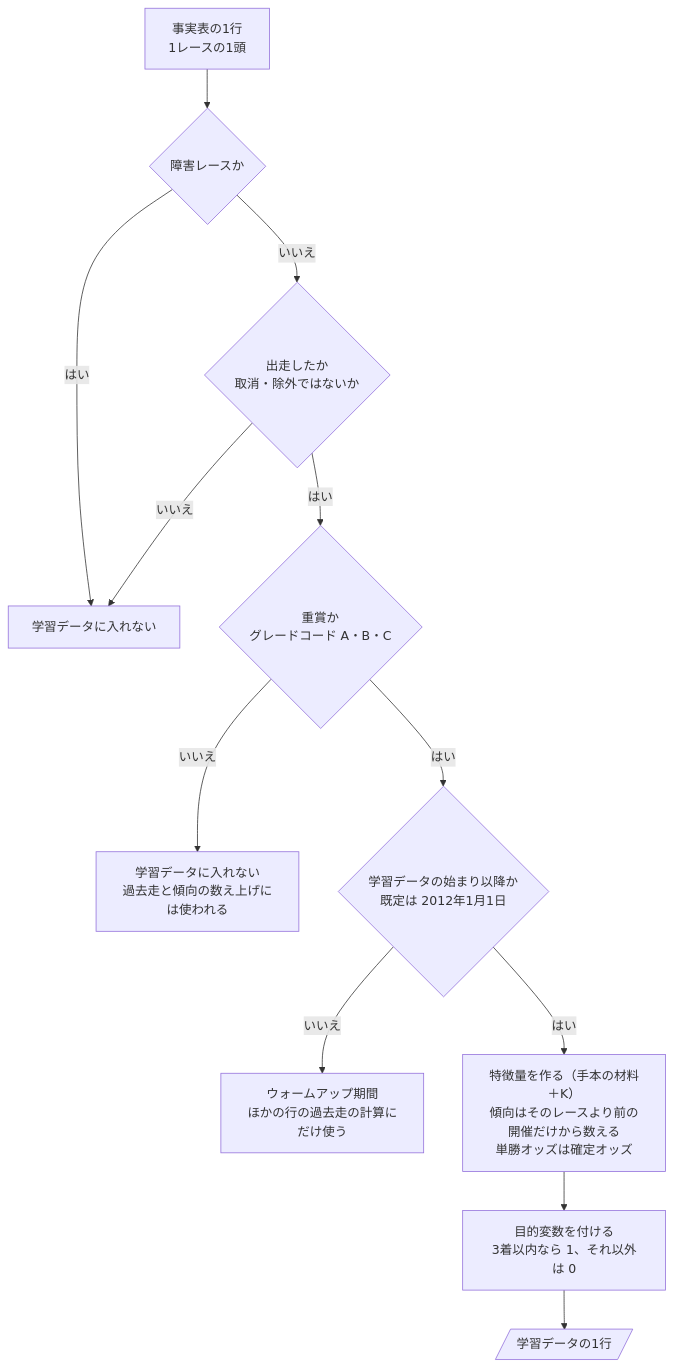
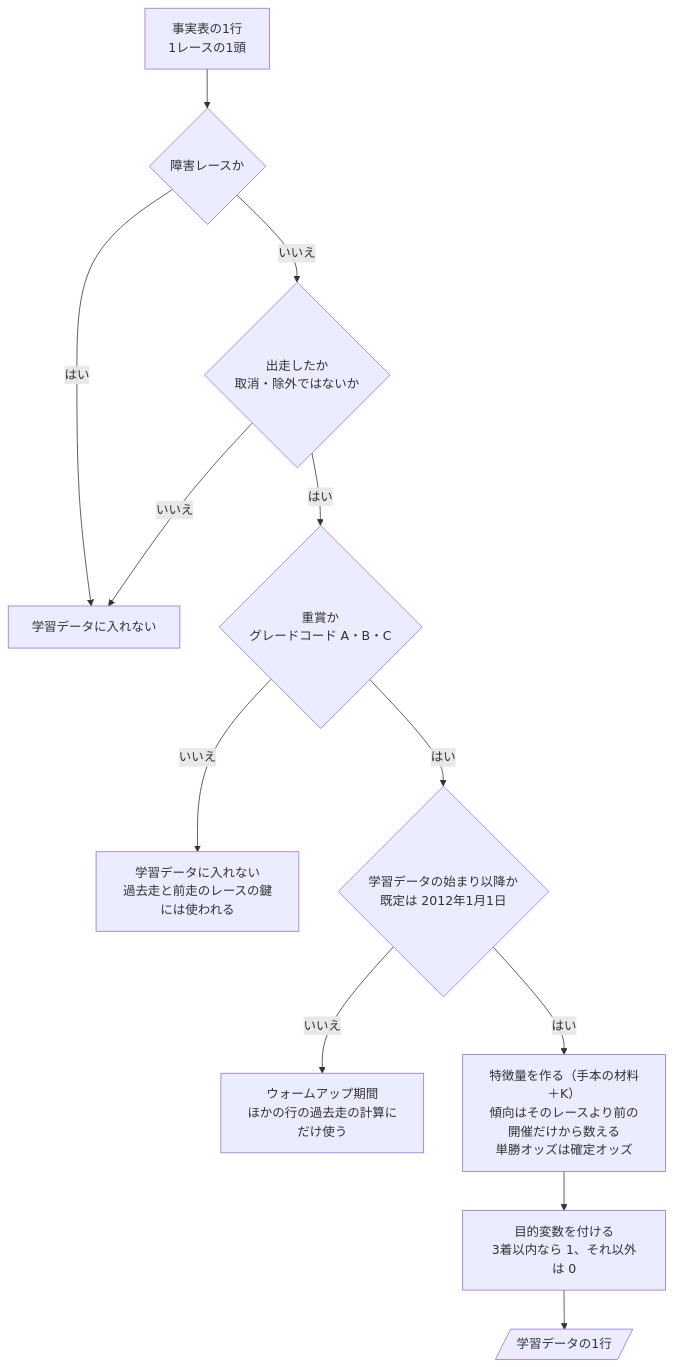
The diagram in docs/design/重賞の傾向と近走から3着以内を予想/06-flowchart.md (ht-0328/keiba-yosou), drawn with Mermaid before and after one commit. The commit also changed other lines of this file and 49 other files, not shown here.

````diff
--- a/docs/design/重賞の傾向と近走から3着以内を予想/06-flowchart.md
+++ b/docs/design/重賞の傾向と近走から3着以内を予想/06-flowchart.md
@@ -17,14 +17,14 @@
 ```mermaid
 flowchart TD
     S["事実表の1行<br>1レースの1頭"] --> Q1{"障害レースか"}
     Q1 -->|はい| X["学習データに入れない"]
     Q1 -->|いいえ| Q2{"出走したか<br>取消・除外ではないか"}
     Q2 -->|いいえ| X
     Q2 -->|はい| Q3{"重賞か<br>グレードコード A・B・C"}
-    Q3 -->|いいえ| N["学習データに入れない<br>過去走と傾向の数え上げには使われる"]
+    Q3 -->|いいえ| N["学習データに入れない<br>過去走と前走のレースの鍵には使われる"]
     Q3 -->|はい| Q4{"学習データの始まり以降か<br>既定は 2012年1月1日"}
     Q4 -->|いいえ| W["ウォームアップ期間<br>ほかの行の過去走の計算にだけ使う"]
     Q4 -->|はい| F["特徴量を作る（手本の材料＋K）<br>傾向はそのレースより前の開催だけから数える<br>単勝オッズは確定オッズ"]
     F --> T["目的変数を付ける<br>3着以内なら 1、それ以外は 0"]
     T --> R[/"学習データの1行"/]
 ```
````
